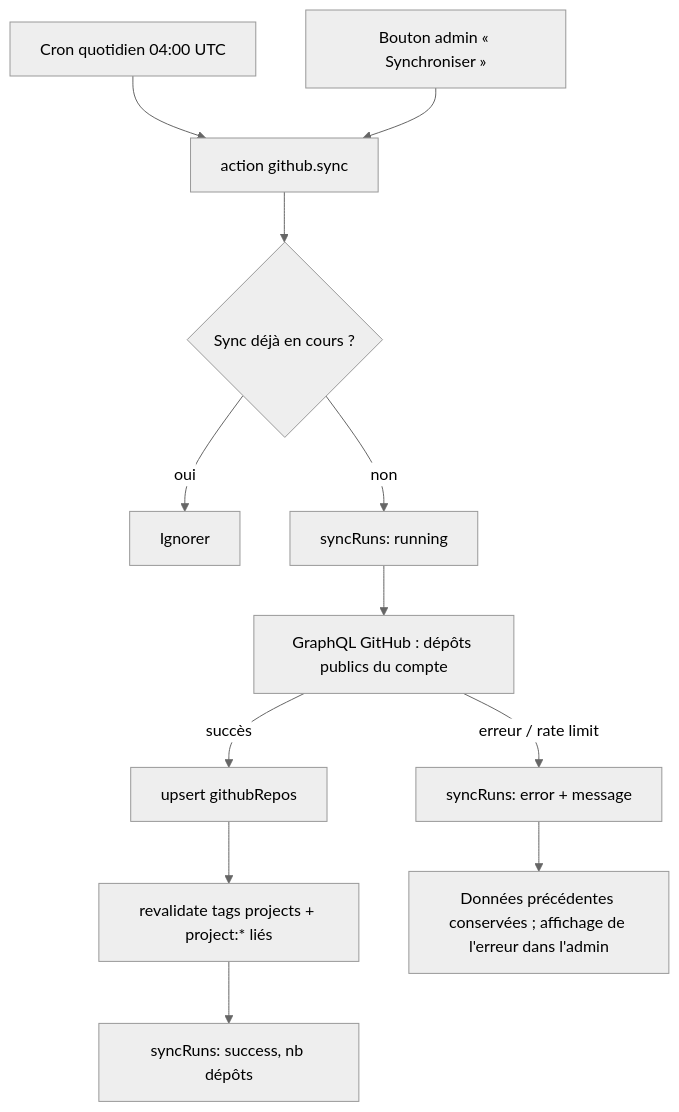
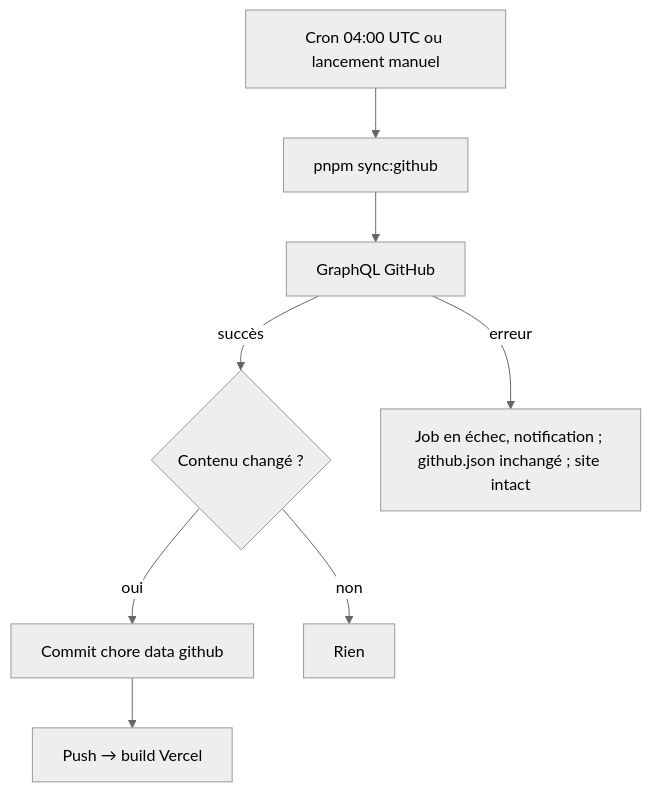
One commit to Stryxman/portfolio changed the fourth of 5 diagrams in docs/APP_FLOW.md. Above: the diagram before and after it, drawn with Mermaid (neutral theme). The commit also changed other lines of this file and 9 other files, not shown here.

First line of the commit message:
Docs v1.1 : architecture Astro statique après le conseil LLM

````diff
--- a/docs/APP_FLOW.md
+++ b/docs/APP_FLOW.md
@@ -111,14 +92,9 @@
 ```mermaid
 flowchart TD
-  T1[Cron quotidien 04:00 UTC] --> S
-  T2[Bouton admin « Synchroniser »] --> S
-  S[action github.sync] --> L{Sync déjà en cours ?}
-  L -->|oui| X[Ignorer]
-  L -->|non| R[syncRuns: running]
-  R --> Q[GraphQL GitHub : dépôts publics du compte]
-  Q -->|succès| U[upsert githubRepos]
-  U --> V[revalidate tags projects + project:* liés]
-  V --> OK[syncRuns: success, nb dépôts]
-  Q -->|erreur / rate limit| KO[syncRuns: error + message]
-  KO --> K[Données précédentes conservées ; affichage de l'erreur dans l'admin]
+  T[Cron 04:00 UTC ou lancement manuel] --> S[pnpm sync:github]
+  S --> Q[GraphQL GitHub]
+  Q -->|succès| D{Contenu changé ?}
+  D -->|oui| C[Commit chore data github] --> P[Push → build Vercel]
+  D -->|non| X[Rien]
+  Q -->|erreur| E[Job en échec, notification ; github.json inchangé ; site intact]
 ```
````
